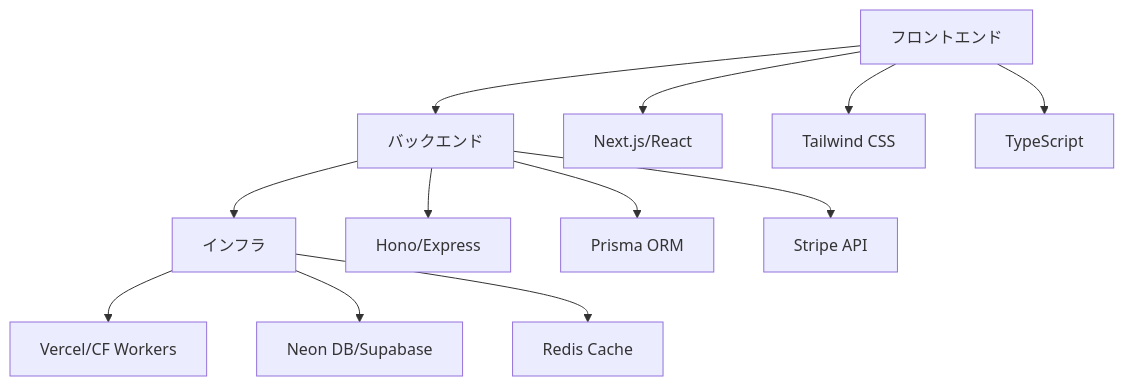
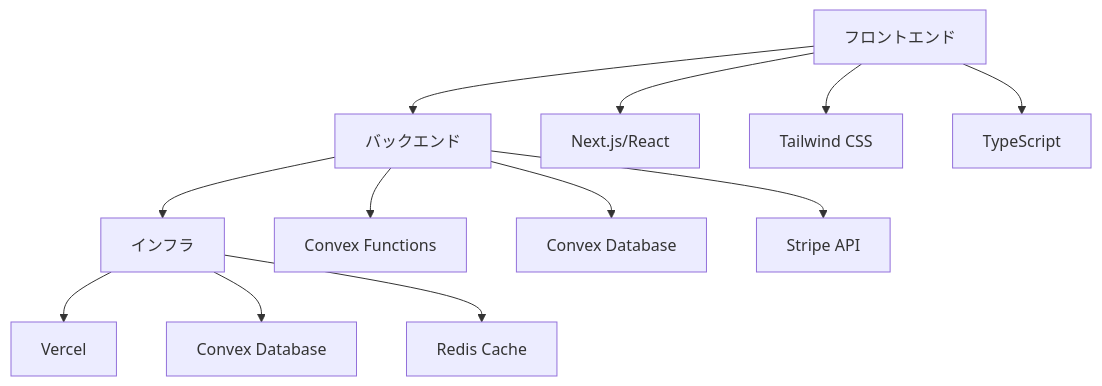
Before and after one commit to Unson-LLC/unson_os: the diagram in docs/unson-os-ai-engineer-slides.md, drawn with Mermaid. The commit also changed other lines of this file and 373 other files, not shown here.

````diff
--- a/docs/unson-os-ai-engineer-slides.md
+++ b/docs/unson-os-ai-engineer-slides.md
@@ -40,17 +40,17 @@
 ```mermaid
 graph TD
     A[フロントエンド] --> B[バックエンド]
     B --> C[インフラ]
     
     A --> A1[Next.js/React]
     A --> A2[Tailwind CSS]
     A --> A3[TypeScript]
     
-    B --> B1[Hono/Express]
-    B --> B2[Prisma ORM]
+    B --> B1[Convex Functions]
+    B --> B2[Convex Database]
     B --> B3[Stripe API]
     
-    C --> C1[Vercel/CF Workers]
-    C --> C2[Neon DB/Supabase]
+    C --> C1[Vercel]
+    C --> C2[Convex Database]
     C --> C3[Redis Cache]
 ```
````
